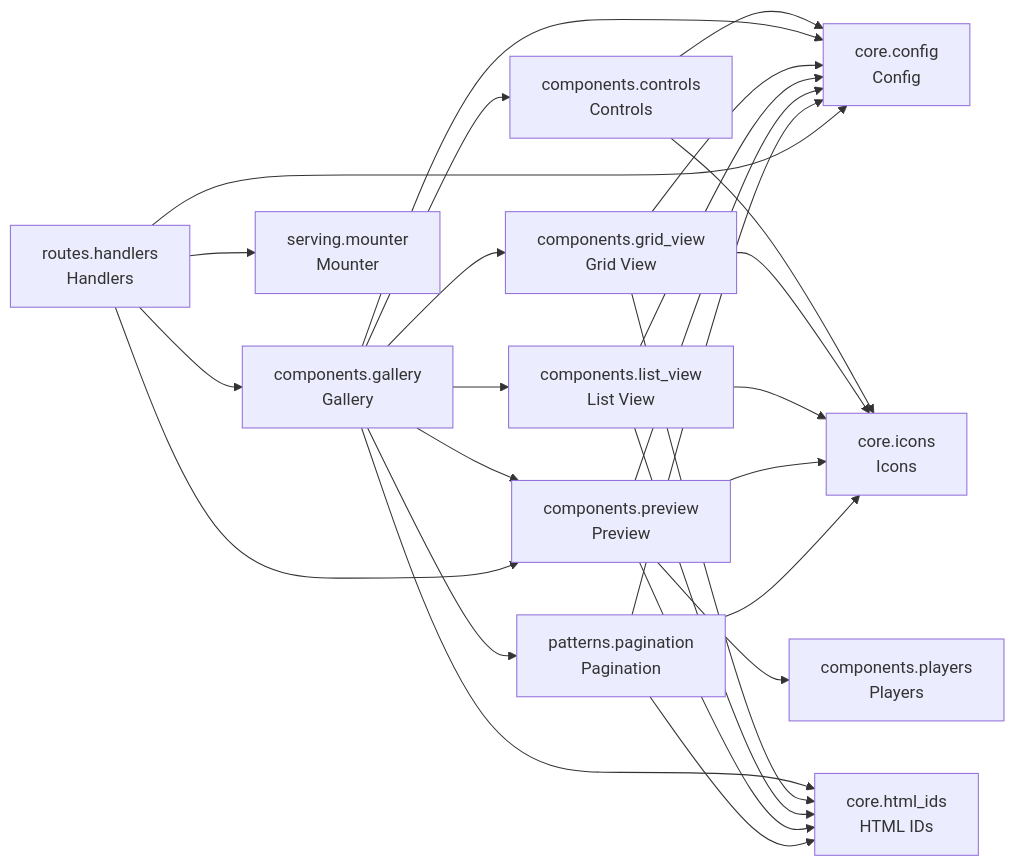
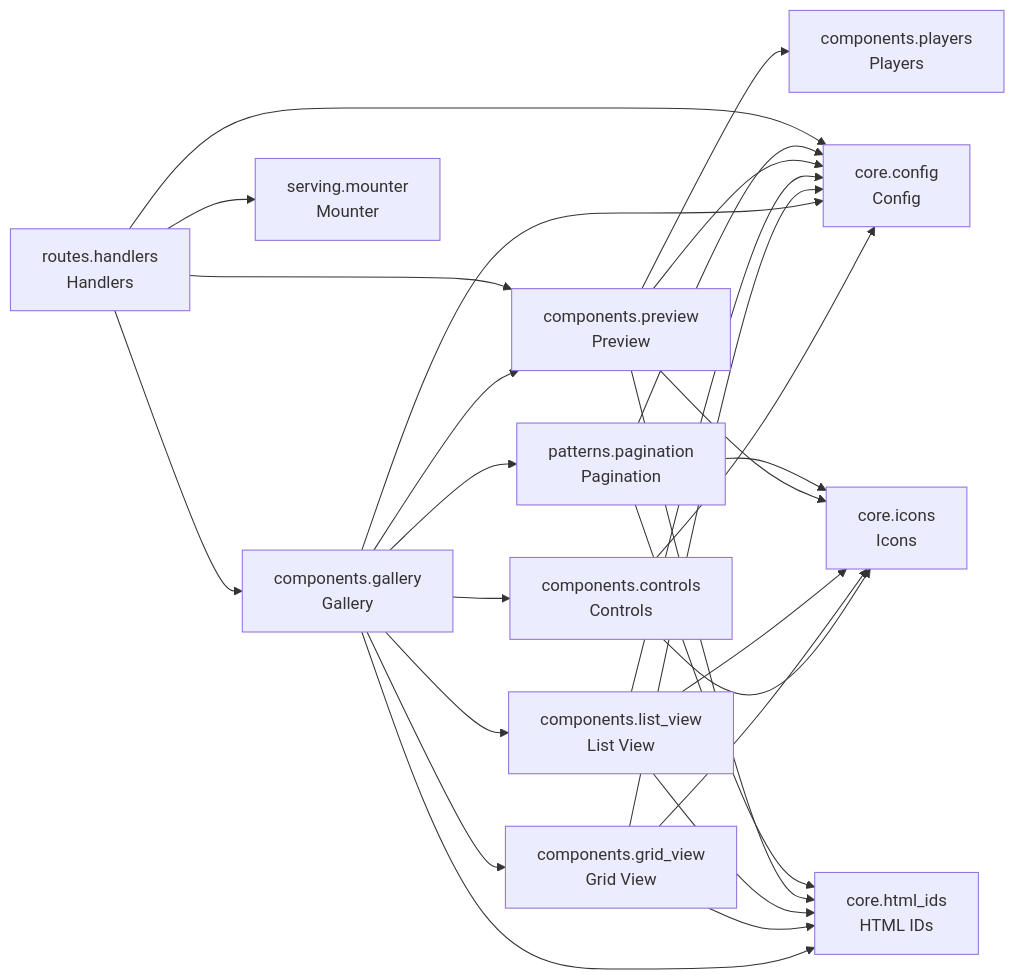
The diagram in README.md (cj-mills/cjm-fasthtml-media-gallery), drawn with Mermaid before and after one commit. The commit also changed other lines of this file and 3 other files, not shown here.

````diff
--- a/README.md
+++ b/README.md
@@ -37,42 +37,42 @@
 ``` mermaid
 graph LR
     components_controls[components.controls<br/>Controls]
     components_gallery[components.gallery<br/>Gallery]
     components_grid_view[components.grid_view<br/>Grid View]
     components_list_view[components.list_view<br/>List View]
     components_players[components.players<br/>Players]
     components_preview[components.preview<br/>Preview]
     core_config[core.config<br/>Config]
     core_html_ids[core.html_ids<br/>HTML IDs]
     core_icons[core.icons<br/>Icons]
     patterns_pagination[patterns.pagination<br/>Pagination]
     routes_handlers[routes.handlers<br/>Handlers]
     serving_mounter[serving.mounter<br/>Mounter]
 
     components_controls --> core_icons
     components_controls --> core_config
+    components_gallery --> components_grid_view
+    components_gallery --> patterns_pagination
+    components_gallery --> core_config
     components_gallery --> components_preview
-    components_gallery --> core_config
-    components_gallery --> patterns_pagination
     components_gallery --> components_list_view
-    components_gallery --> components_grid_view
     components_gallery --> components_controls
     components_gallery --> core_html_ids
+    components_grid_view --> core_icons
     components_grid_view --> core_config
-    components_grid_view --> core_icons
     components_grid_view --> core_html_ids
     components_list_view --> core_config
     components_list_view --> core_icons
     components_list_view --> core_html_ids
+    components_preview --> core_icons
     components_preview --> core_config
-    components_preview --> core_icons
     components_preview --> components_players
     components_preview --> core_html_ids
+    patterns_pagination --> core_config
+    patterns_pagination --> core_html_ids
     patterns_pagination --> core_icons
-    patterns_pagination --> core_html_ids
-    patterns_pagination --> core_config
+    routes_handlers --> components_preview
     routes_handlers --> core_config
     routes_handlers --> components_gallery
-    routes_handlers --> components_preview
     routes_handlers --> serving_mounter
 ```
````
